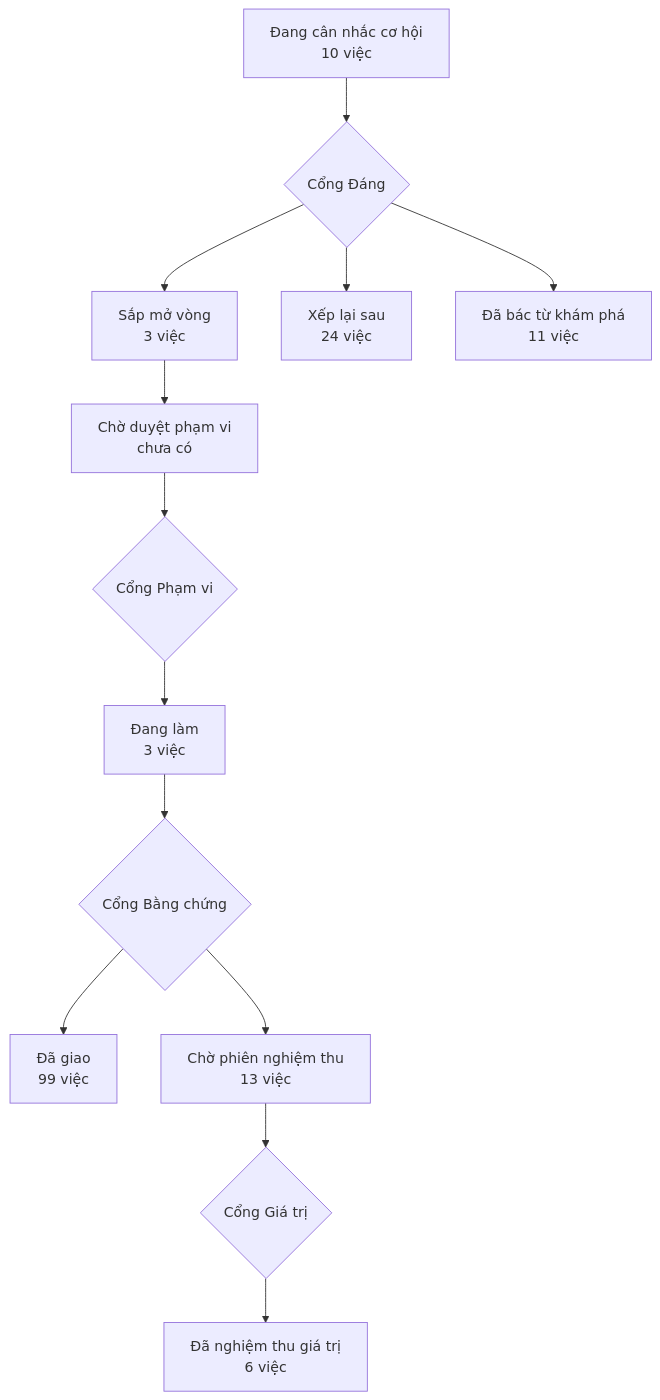
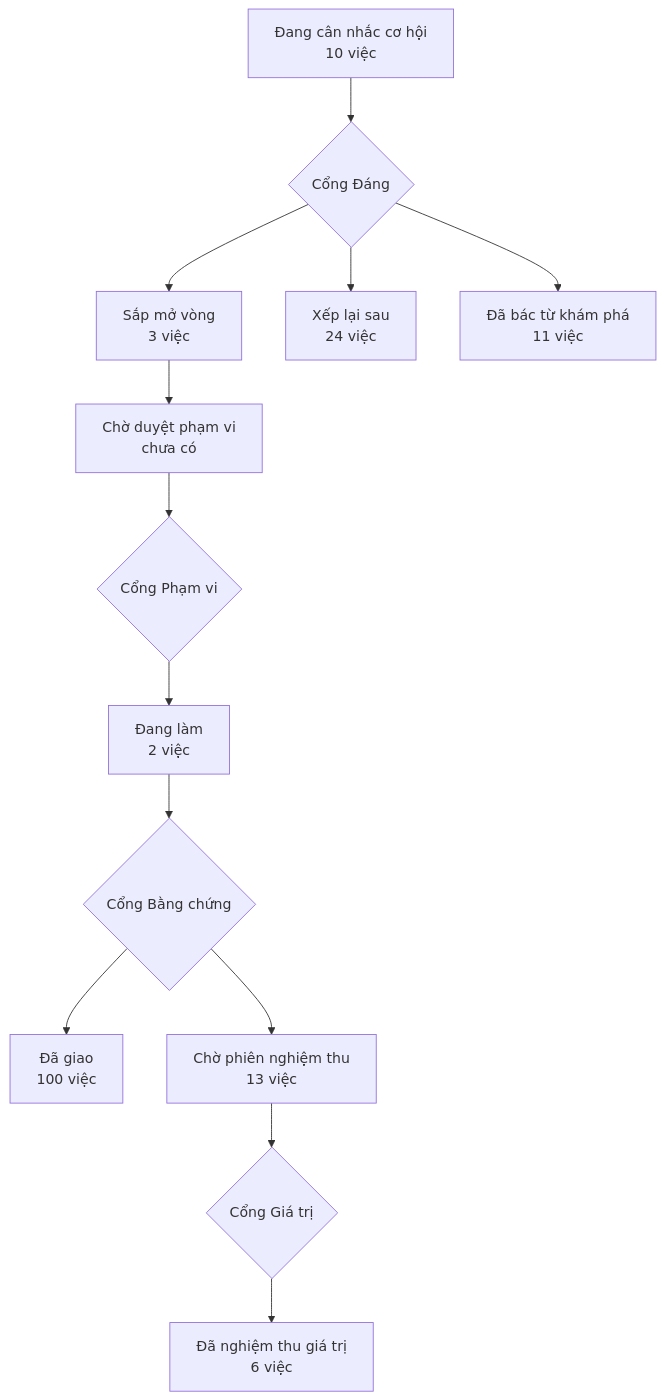
One commit to phanlemanh/acceptance-gate-kit changed the diagram in PRODUCT-MAP.md. Above: the diagram before and after it, drawn with Mermaid. The commit also changed other lines of this file and 1 other file, not shown here.

Commit message:
release(2.26.0): làn V — machine-cleared (xanh-sạch đủ sáu điều kiện, không khó-đảo), cửa veto mở

````diff
--- a/PRODUCT-MAP.md
+++ b/PRODUCT-MAP.md
@@ -7,12 +7,12 @@
 ```mermaid
 flowchart TD
   A["Đang cân nhắc cơ hội<br/>10 việc"] --> GD{"Cổng Đáng"}
   GD --> B["Sắp mở vòng<br/>3 việc"]
   GD --> XL["Xếp lại sau<br/>24 việc"]
   GD --> DB["Đã bác từ khám phá<br/>11 việc"]
   B --> CD["Chờ duyệt phạm vi<br/>chưa có"] --> GP{"Cổng Phạm vi"}
-  GP --> DL["Đang làm<br/>3 việc"] --> GB{"Cổng Bằng chứng"}
-  GB --> DG["Đã giao<br/>99 việc"]
+  GP --> DL["Đang làm<br/>2 việc"] --> GB{"Cổng Bằng chứng"}
+  GB --> DG["Đã giao<br/>100 việc"]
   GB --> CN["Chờ phiên nghiệm thu<br/>13 việc"] --> GG{"Cổng Giá trị"}
   GG --> NT["Đã nghiệm thu giá trị<br/>6 việc"]
 ```
````
